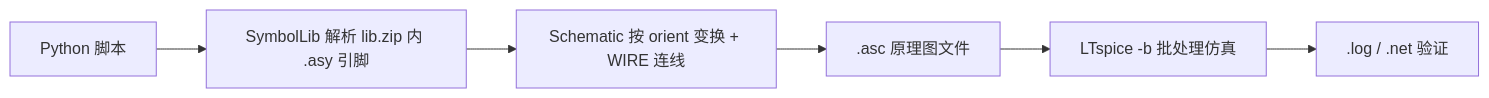
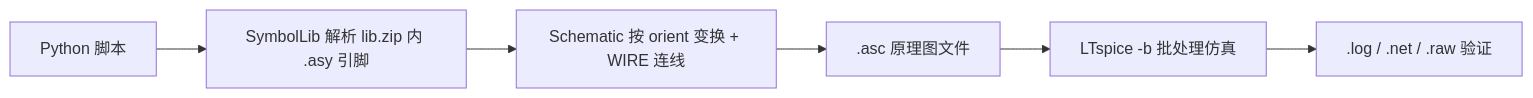
The diagram in README.md (TongenShen/ltspice-schematic), drawn with Mermaid before and after one commit. The commit also changed other lines of this file, not shown here.

````diff
--- a/README.md
+++ b/README.md
@@ -86,8 +96,8 @@
 ```mermaid
 flowchart LR
     A[Python 脚本] --> B[SymbolLib 解析 lib.zip 内 .asy 引脚]
     B --> C[Schematic 按 orient 变换 + WIRE 连线]
     C --> D[.asc 原理图文件]
     D --> E[LTspice -b 批处理仿真]
-    E --> F[.log / .net 验证]
+    E --> F[.log / .net / .raw 验证]
 ```
````
